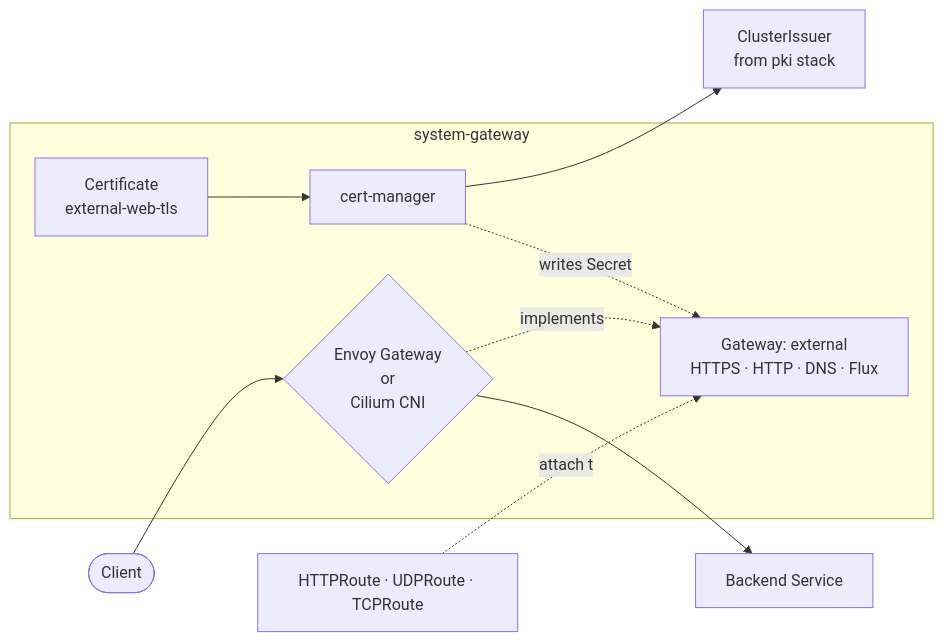
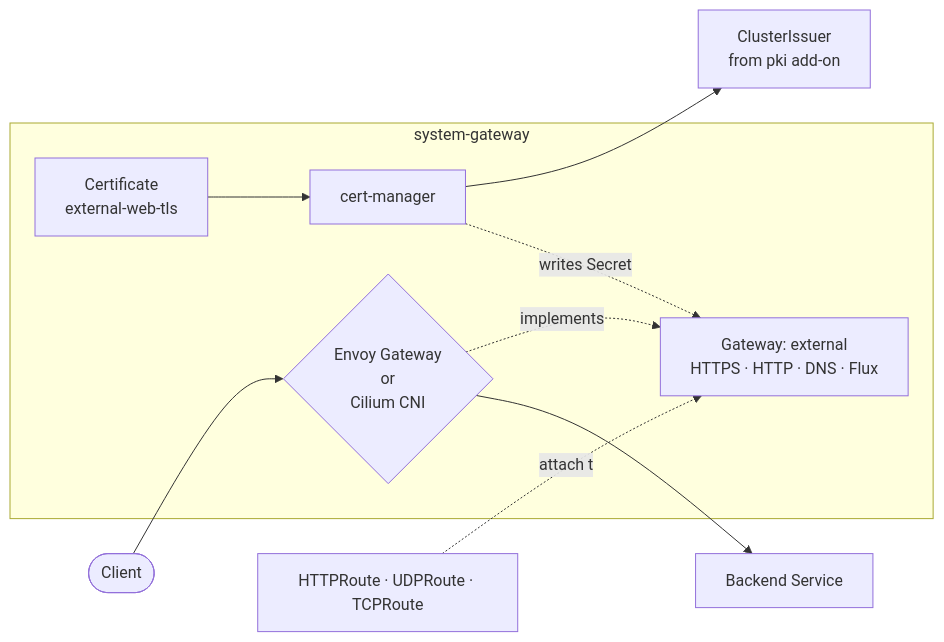
One commit to windsorcli/core changed the diagram in kustomize/gateway/README.md. Above: the diagram before and after it, drawn with Mermaid. The commit also changed other lines of this file and 14 other files, not shown here.

````diff
--- a/kustomize/gateway/README.md
+++ b/kustomize/gateway/README.md
@@ -17,23 +17,23 @@
 ```mermaid
 flowchart LR
     client([Client])
     workload[Backend Service]
 
     subgraph systemgateway[system-gateway]
         controller{Envoy Gateway<br/>or<br/>Cilium CNI}
         gw[Gateway: external<br/>HTTPS · HTTP · DNS · Flux]
         cert[Certificate<br/>external-web-tls]
         cm[cert-manager]
     end
 
-    issuer[ClusterIssuer<br/>from pki stack]
+    issuer[ClusterIssuer<br/>from pki add-on]
     routes[HTTPRoute · UDPRoute · TCPRoute]
 
     client --> controller
     controller -.implements.-> gw
     controller --> workload
     routes -.attach to.-> gw
 
     cert --> cm --> issuer
     cm -.writes Secret.-> gw
 ```
````
